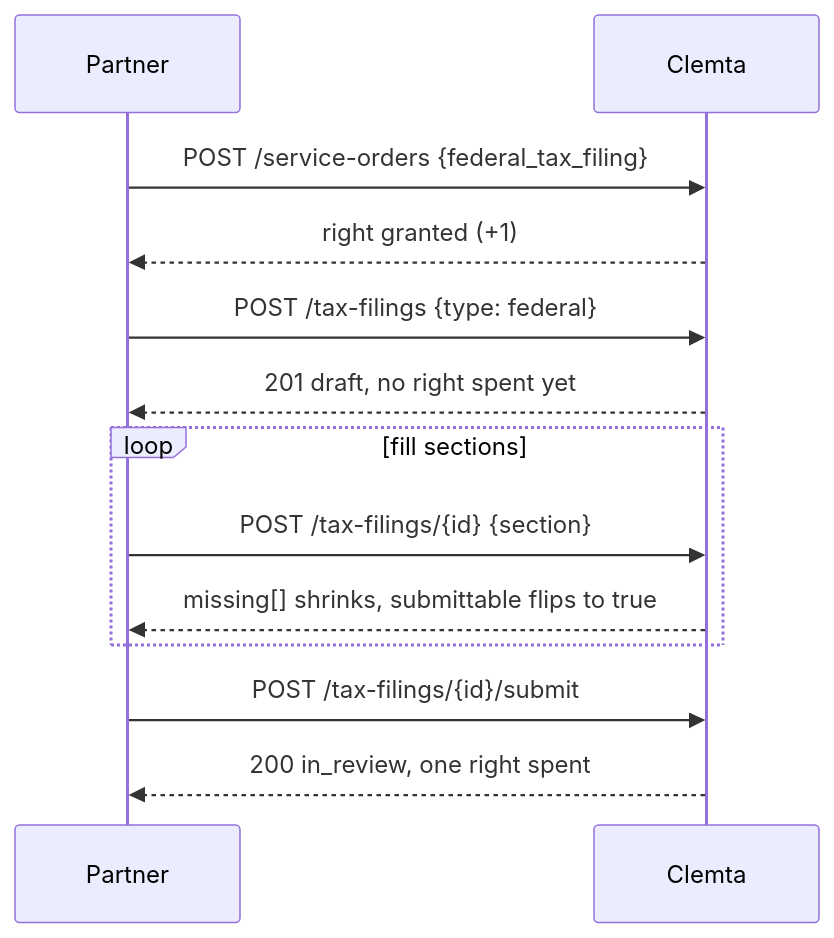
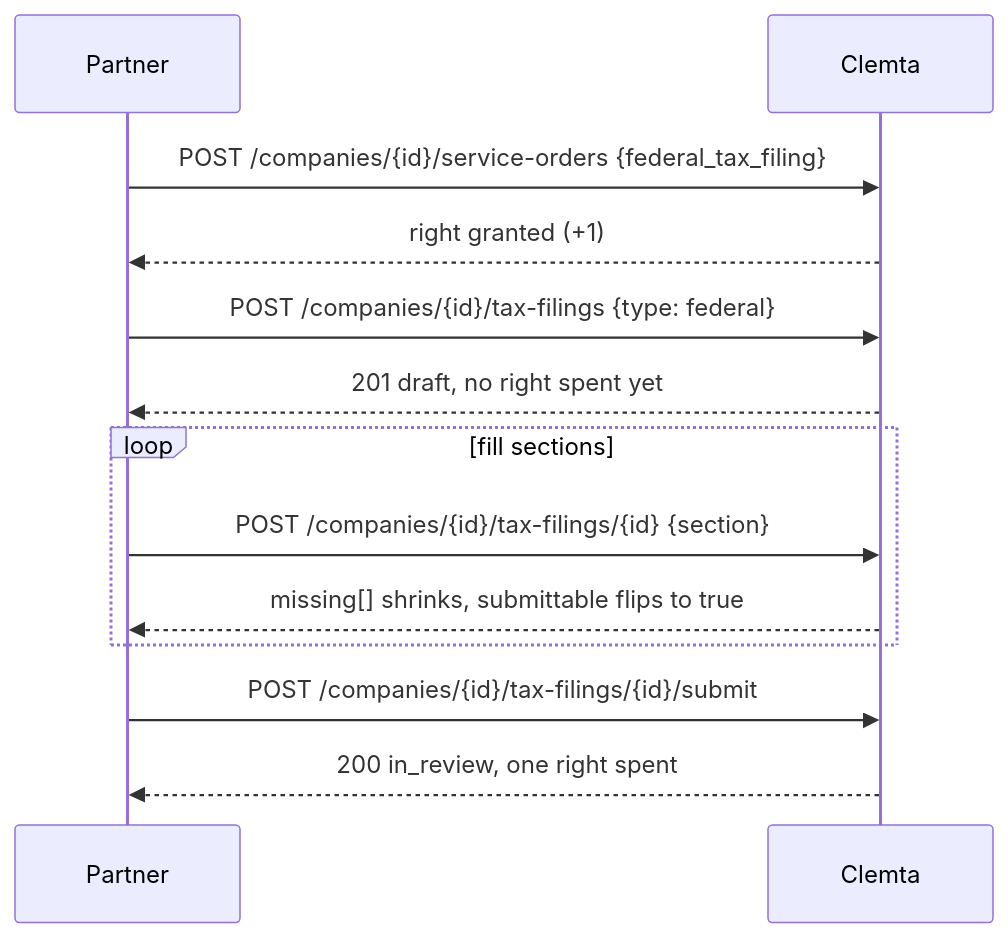
One commit to Clemta/docs changed the diagram in partner/tax-filings.mdx. Above: the diagram before and after it, drawn with Mermaid. The commit also changed other lines of this file and 1 other file, not shown here.

Commit message:
docs: fix tax-filing endpoint paths and clean spec prose

````diff
--- a/partner/tax-filings.mdx
+++ b/partner/tax-filings.mdx
@@ -26,15 +26,15 @@
 ```mermaid
 sequenceDiagram
   participant P as Partner
   participant C as Clemta
-  P->>C: POST /service-orders {federal_tax_filing}
+  P->>C: POST /companies/{id}/service-orders {federal_tax_filing}
   C-->>P: right granted (+1)
-  P->>C: POST /tax-filings {type: federal}
+  P->>C: POST /companies/{id}/tax-filings {type: federal}
   C-->>P: 201 draft, no right spent yet
   loop fill sections
-    P->>C: POST /tax-filings/{id} {section}
+    P->>C: POST /companies/{id}/tax-filings/{id} {section}
     C-->>P: missing[] shrinks, submittable flips to true
   end
-  P->>C: POST /tax-filings/{id}/submit
+  P->>C: POST /companies/{id}/tax-filings/{id}/submit
   C-->>P: 200 in_review, one right spent
 ```
````
